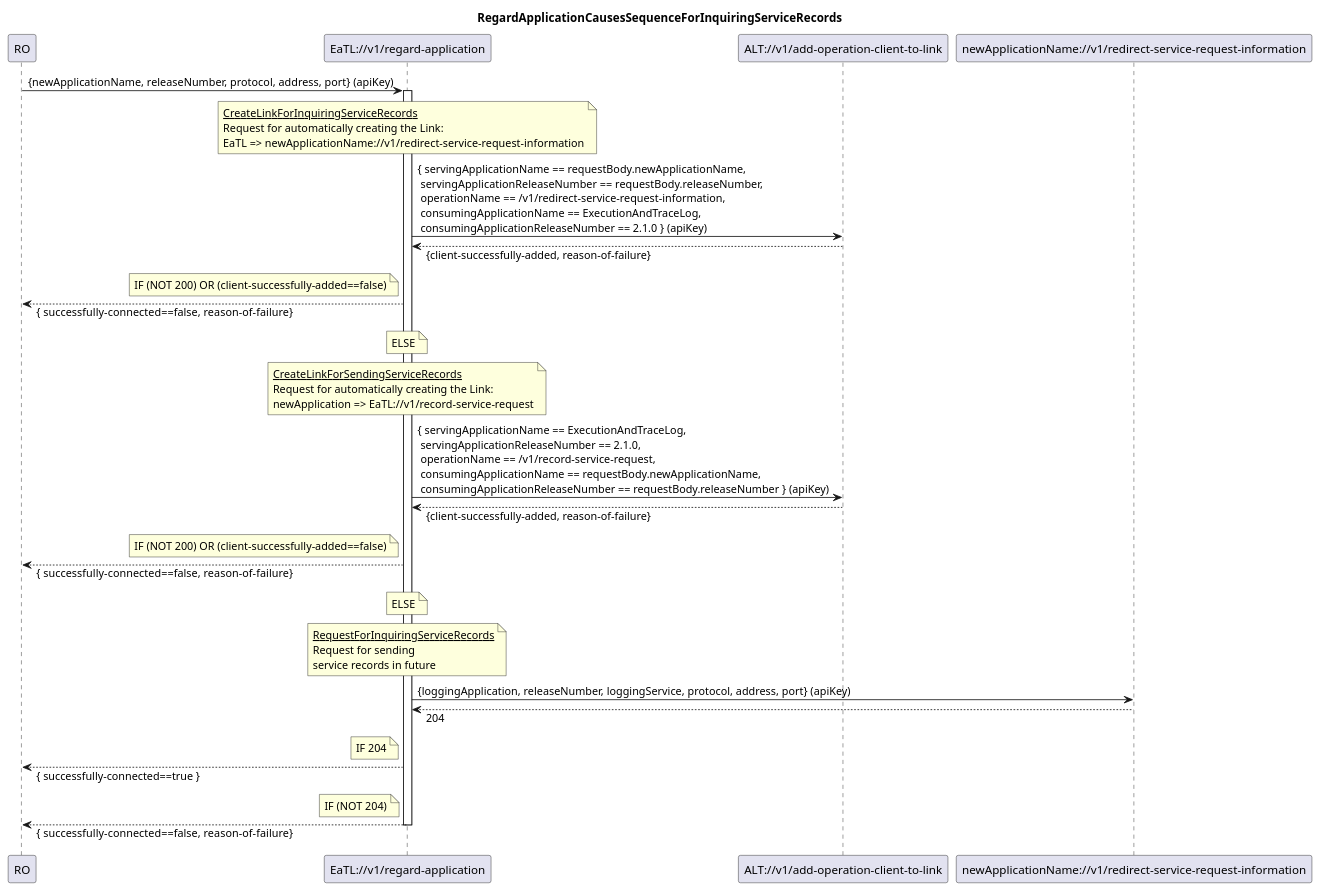
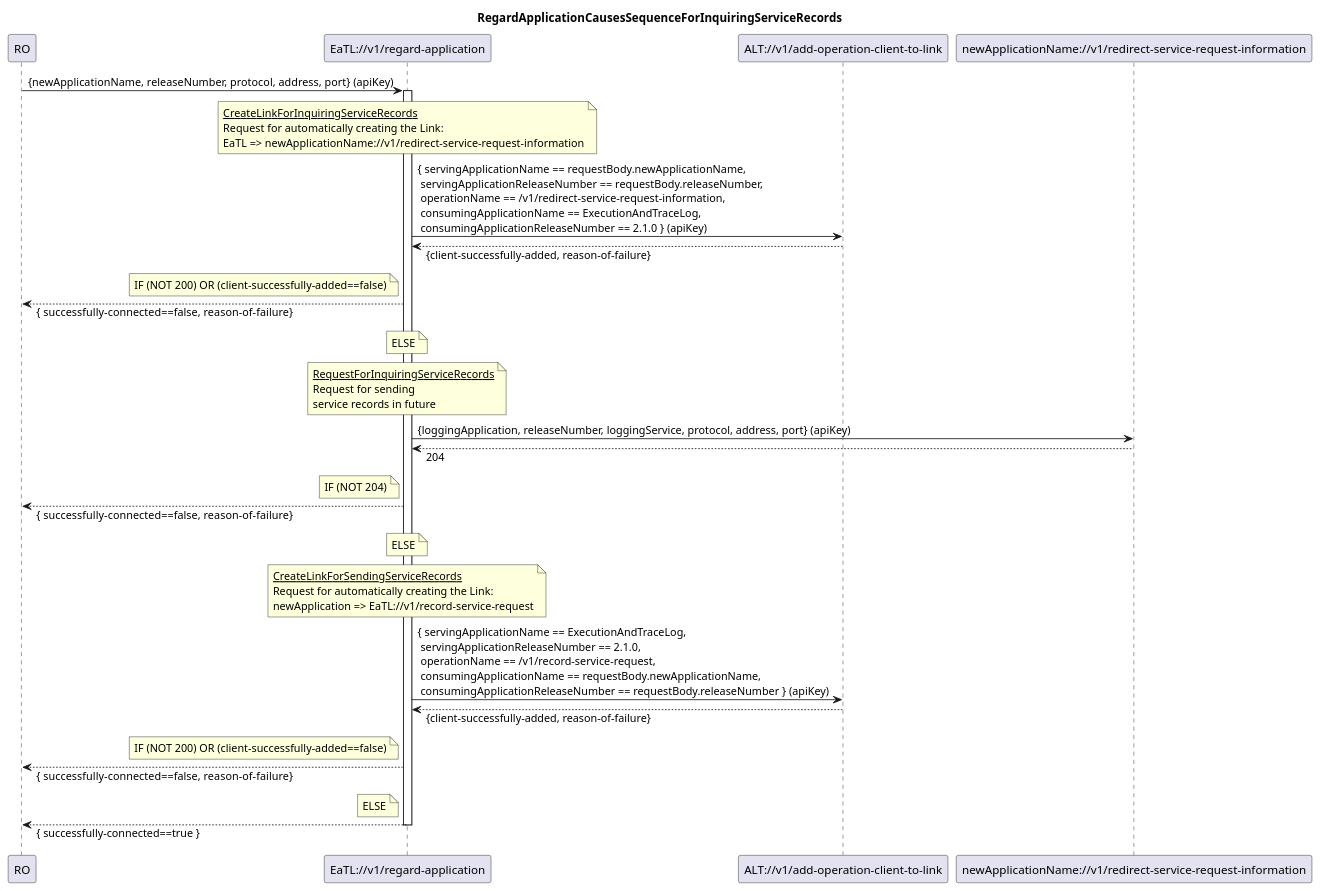
One commit to openBackhaul/ExecutionAndTraceLog changed the diagram in spec/diagrams/is001_regardApplicationCausesInquiringServiceRecords.plantuml. Above: the diagram before and after it, drawn with PlantUML. The commit also changed 3 other files, not shown here.

```diff
--- a/spec/diagrams/is001_regardApplicationCausesInquiringServiceRecords.plantuml
+++ b/spec/diagrams/is001_regardApplicationCausesInquiringServiceRecords.plantuml
@@ -1,70 +1,70 @@
 @startuml is001_regardApplicationCausesInquiringServiceRecords
 skinparam responseMessageBelowArrow true
 
 title
 RegardApplicationCausesSequenceForInquiringServiceRecords
 end title
 
 participant "RO" as ro
 participant "EaTL://v1/regard-application" as eatl
 participant "ALT://v1/add-operation-client-to-link" as alt
 participant "newApplicationName://v1/redirect-service-request-information" as newApplicationFuture
 
 ro -> eatl : {newApplicationName, releaseNumber, protocol, address, port} (apiKey)
 activate eatl
 
 note over eatl
 <u>CreateLinkForInquiringServiceRecords</u>
 Request for automatically creating the Link:
 EaTL => newApplicationName://v1/redirect-service-request-information
 end note
 eatl -> alt : { servingApplicationName == requestBody.newApplicationName,\n servingApplicationReleaseNumber == requestBody.releaseNumber,\n operationName == /v1/redirect-service-request-information,\n consumingApplicationName == ExecutionAndTraceLog,\n consumingApplicationReleaseNumber == 2.1.0 } (apiKey)
 eatl <-- alt : {client-successfully-added, reason-of-failure}
 
 note left eatl
 IF (NOT 200) OR (client-successfully-added==false)
 end note
 ro <-- eatl : { successfully-connected==false,  reason-of-failure}
 
 note over eatl
 ELSE
 end note
 
 note over eatl
+<u>RequestForInquiringServiceRecords</u>
+Request for sending
+service records in future
+end note
+eatl -> newApplicationFuture : {loggingApplication, releaseNumber, loggingService, protocol, address, port} (apiKey)
+eatl <-- newApplicationFuture : 204
+
+note left eatl
+IF (NOT 204)
+end note
+ro <-- eatl : { successfully-connected==false,  reason-of-failure}
+
+note over eatl
+ELSE
+end note
+
+note over eatl
 <u>CreateLinkForSendingServiceRecords</u>
 Request for automatically creating the Link:
 newApplication => EaTL://v1/record-service-request
 end note
 eatl -> alt : { servingApplicationName == ExecutionAndTraceLog,\n servingApplicationReleaseNumber == 2.1.0,\n operationName == /v1/record-service-request,\n consumingApplicationName == requestBody.newApplicationName,\n consumingApplicationReleaseNumber == requestBody.releaseNumber } (apiKey)
 eatl <-- alt : {client-successfully-added, reason-of-failure}
 
 note left eatl
 IF (NOT 200) OR (client-successfully-added==false)
 end note
 ro <-- eatl : { successfully-connected==false,  reason-of-failure}
 
-note over eatl
+note left eatl
 ELSE
 end note
-
-note over eatl
-<u>RequestForInquiringServiceRecords</u>
-Request for sending
-service records in future
-end note
-eatl -> newApplicationFuture : {loggingApplication, releaseNumber, loggingService, protocol, address, port} (apiKey)
-eatl <-- newApplicationFuture : 204
-
-note left eatl
-IF 204
-end note
 ro <-- eatl : { successfully-connected==true }
-
-note left eatl
-IF (NOT 204)
-end note
-ro <-- eatl : { successfully-connected==false,  reason-of-failure}
 
 deactivate eatl
 
 @enduml
```
